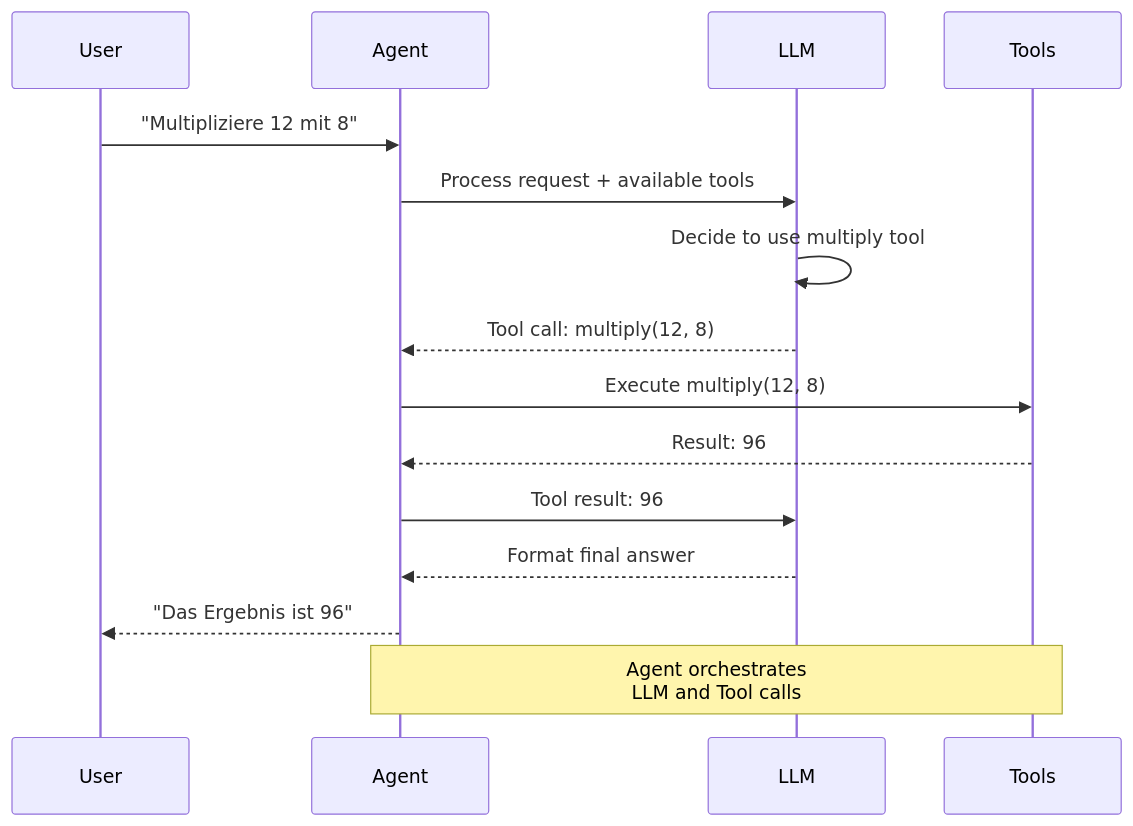
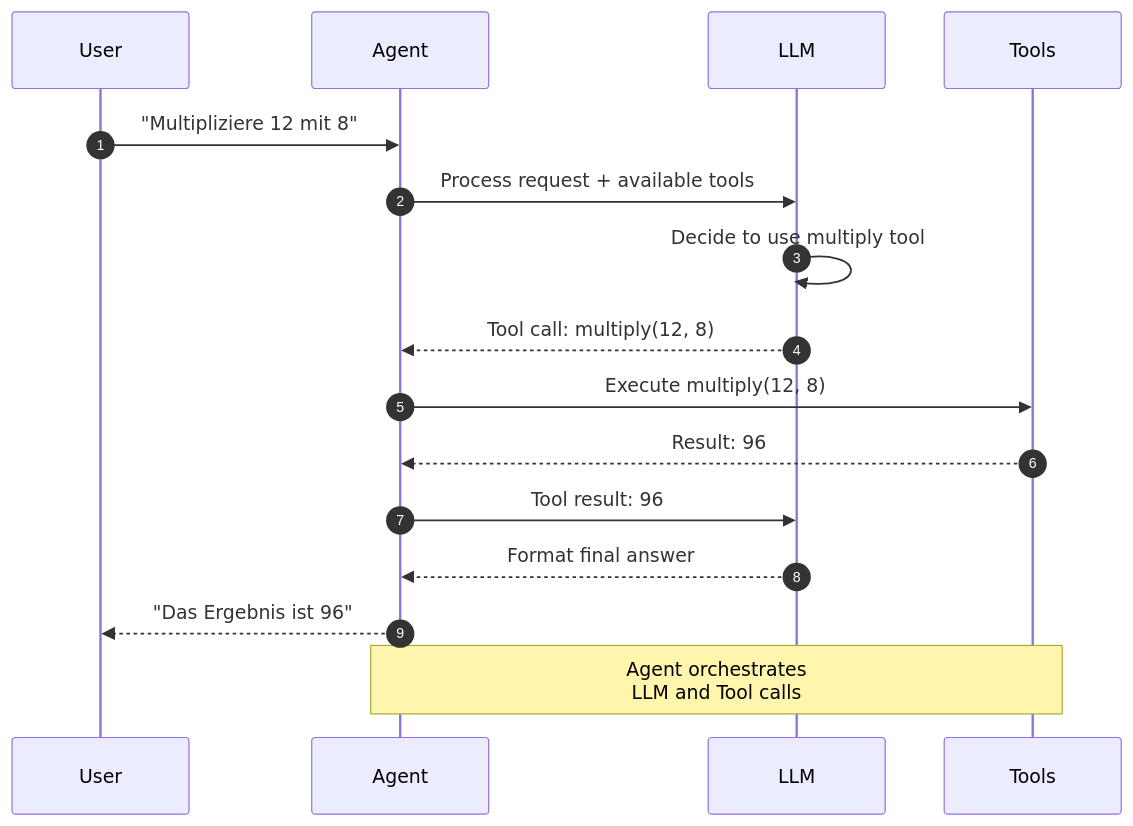
One commit to ralf-42/GenAI changed the second of 4 diagrams in docs/frameworks/Einsteiger_LangChain.md. Above: the diagram before and after it, drawn with Mermaid. The commit also changed other lines of this file and 42 other files, not shown here.

````diff
--- a/docs/frameworks/Einsteiger_LangChain.md
+++ b/docs/frameworks/Einsteiger_LangChain.md
@@ -354,19 +354,20 @@
 ```mermaid
 sequenceDiagram
+    autonumber
     participant User
     participant Agent
     participant LLM
     participant Tools
 
     User->>Agent: "Multipliziere 12 mit 8"
     Agent->>LLM: Process request + available tools
     LLM->>LLM: Decide to use multiply tool
     LLM-->>Agent: Tool call: multiply(12, 8)
     Agent->>Tools: Execute multiply(12, 8)
     Tools-->>Agent: Result: 96
     Agent->>LLM: Tool result: 96
     LLM-->>Agent: Format final answer
     Agent-->>User: "Das Ergebnis ist 96"
 
     Note over Agent,Tools: Agent orchestrates<br/>LLM and Tool calls
 ```
````
